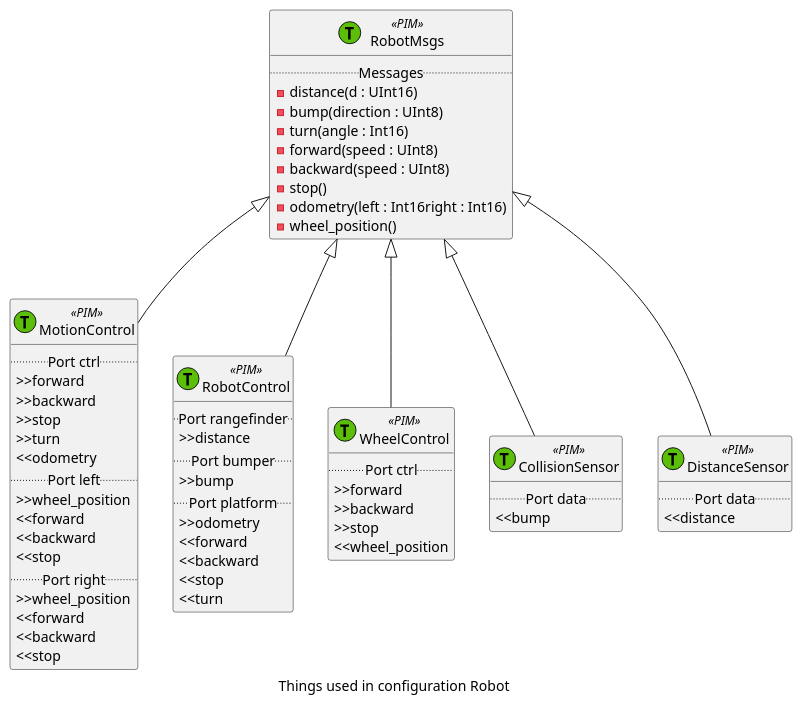
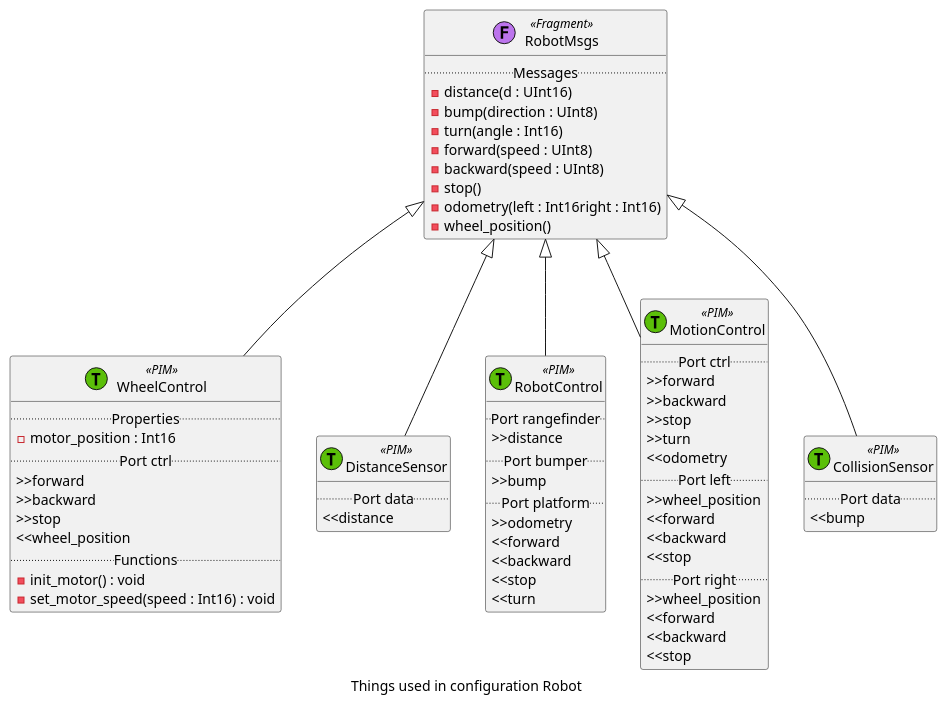
One commit to TelluIoT/ThingML changed the diagram in doc/examples/thingml-gen/uml/Robot/Robot/docs/Robot_class.plantuml. Above: the diagram before and after it, drawn with PlantUML. The commit also changed 11 other files, not shown here.

```diff
--- a/doc/examples/thingml-gen/uml/Robot/Robot/docs/Robot_class.plantuml
+++ b/doc/examples/thingml-gen/uml/Robot/Robot/docs/Robot_class.plantuml
@@ -1,64 +1,69 @@
 @startuml
 caption Things used in configuration Robot
+class WheelControl <<(T,#5BBF09)PIM>> {
+..Properties..
+-motor_position : Int16
+..Port ctrl..
+>>forward
+>>backward
+>>stop
+<<wheel_position
+..Functions..
+-init_motor() : void
+-set_motor_speed(speed : Int16) : void
+}
+class RobotMsgs <<(F,#BC74ED)Fragment>> {
+..Messages..
+-distance(d : UInt16)
+-bump(direction : UInt8)
+-turn(angle : Int16)
+-forward(speed : UInt8)
+-backward(speed : UInt8)
+-stop()
+-odometry(left : Int16right : Int16)
+-wheel_position()
+}
+class DistanceSensor <<(T,#5BBF09)PIM>> {
+..Port data..
+<<distance
+}
+class RobotControl <<(T,#5BBF09)PIM>> {
+..Port rangefinder..
+>>distance
+..Port bumper..
+>>bump
+..Port platform..
+>>odometry
+<<forward
+<<backward
+<<stop
+<<turn
+}
 class MotionControl <<(T,#5BBF09)PIM>> {
 ..Port ctrl..
 >>forward
 >>backward
 >>stop
 >>turn
 <<odometry
 ..Port left..
 >>wheel_position
 <<forward
 <<backward
 <<stop
 ..Port right..
 >>wheel_position
 <<forward
 <<backward
 <<stop
 }
-class RobotMsgs <<(T,#5BBF09)PIM>> {
-..Messages..
--distance(d : UInt16)
--bump(direction : UInt8)
--turn(angle : Int16)
--forward(speed : UInt8)
--backward(speed : UInt8)
--stop()
--odometry(left : Int16right : Int16)
--wheel_position()
-}
-class RobotControl <<(T,#5BBF09)PIM>> {
-..Port rangefinder..
->>distance
-..Port bumper..
->>bump
-..Port platform..
->>odometry
-<<forward
-<<backward
-<<stop
-<<turn
-}
-class WheelControl <<(T,#5BBF09)PIM>> {
-..Port ctrl..
->>forward
->>backward
->>stop
-<<wheel_position
-}
 class CollisionSensor <<(T,#5BBF09)PIM>> {
 ..Port data..
 <<bump
 }
-class DistanceSensor <<(T,#5BBF09)PIM>> {
-..Port data..
-<<distance
-}
+RobotMsgs <|-- WheelControl
+RobotMsgs <|-- DistanceSensor
+RobotMsgs <|-- RobotControl
 RobotMsgs <|-- MotionControl
-RobotMsgs <|-- RobotControl
-RobotMsgs <|-- WheelControl
 RobotMsgs <|-- CollisionSensor
-RobotMsgs <|-- DistanceSensor
 @enduml
```
